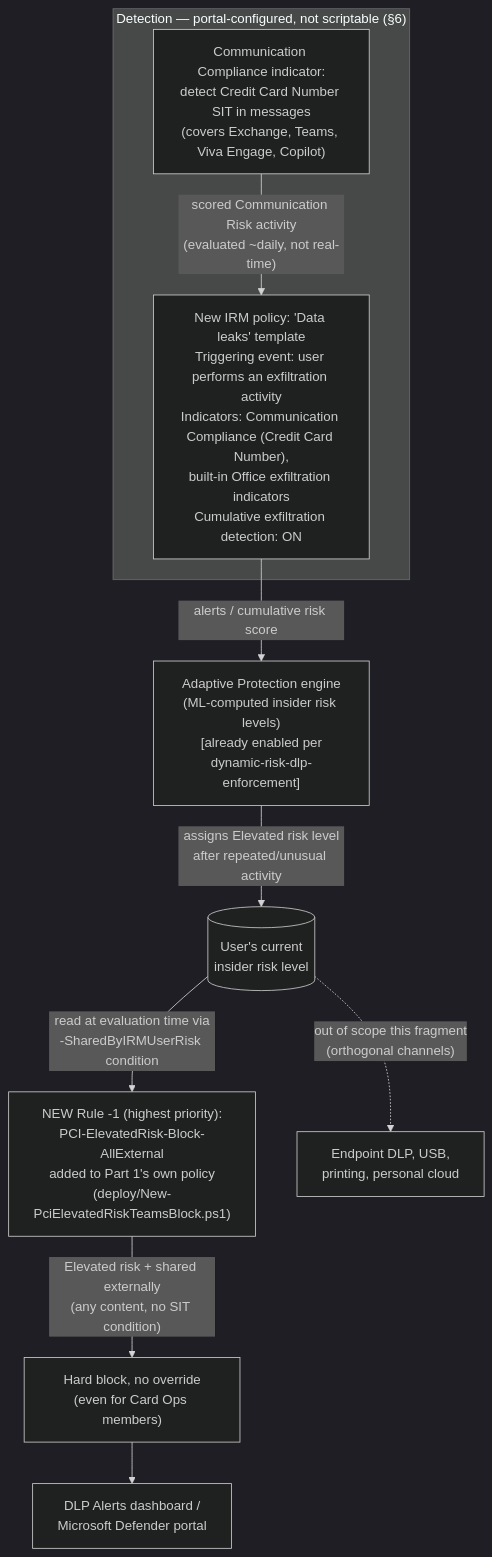
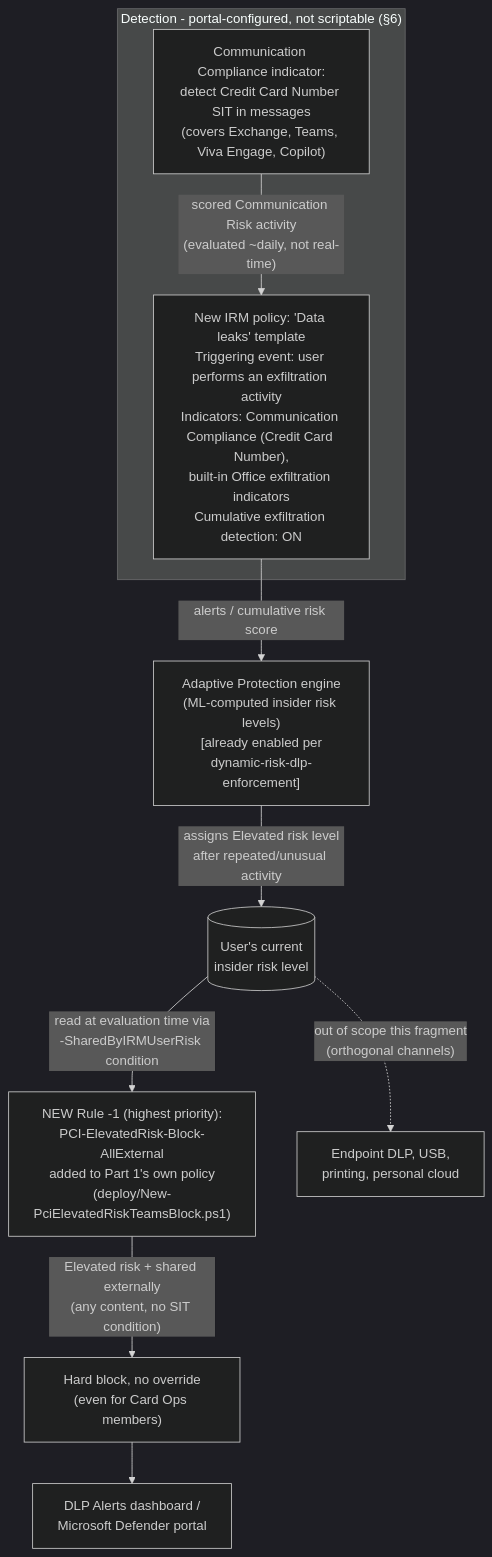
The diagram in scenarios/dlp/pci-teams-exfil-block-part2-obfuscation-mitigation/design.md (kpsec1/purview-scenario-library), drawn with Mermaid (dark theme) before and after one commit. The commit also changed other lines of this file and 451 other files, not shown here.

````diff
--- a/scenarios/dlp/pci-teams-exfil-block-part2-obfuscation-mitigation/design.md
+++ b/scenarios/dlp/pci-teams-exfil-block-part2-obfuscation-mitigation/design.md
@@ -66,14 +66,14 @@
 ```mermaid
 flowchart TD
-    subgraph Detect["Detection — portal-configured, not scriptable (§6)"]
+    subgraph Detect["Detection - portal-configured, not scriptable (§6)"]
         CC["Communication Compliance indicator:\ndetect Credit Card Number SIT in messages\n(covers Exchange, Teams, Viva Engage, Copilot)"]
         IRM["New IRM policy: 'Data leaks' template\nTriggering event: user performs an exfiltration activity\nIndicators: Communication Compliance (Credit Card Number),\nbuilt-in Office exfiltration indicators\nCumulative exfiltration detection: ON"]
         CC -->|"scored Communication Risk activity\n(evaluated ~daily, not real-time)"| IRM
     end
     IRM -->|alerts / cumulative risk score| APEngine["Adaptive Protection engine\n(ML-computed insider risk levels)\n[already enabled per\ndynamic-risk-dlp-enforcement]"]
     APEngine -->|"assigns Elevated risk level\nafter repeated/unusual activity"| RiskLevel[("User's current\ninsider risk level")]
     RiskLevel -->|"read at evaluation time via\n-SharedByIRMUserRisk condition"| NewRule["NEW Rule -1 (highest priority):\nPCI-ElevatedRisk-Block-AllExternal\nadded to Part 1's own policy\n(deploy/New-PciElevatedRiskTeamsBlock.ps1)"]
     NewRule -->|"Elevated risk + shared externally\n(any content, no SIT condition)"| Block["Hard block, no override\n(even for Card Ops members)"]
     Block --> Reports["DLP Alerts dashboard /\nMicrosoft Defender portal"]
     RiskLevel -.->|"out of scope this fragment\n(orthogonal channels)"| Endpoint["Endpoint DLP, USB,\nprinting, personal cloud"]
 ```
````
